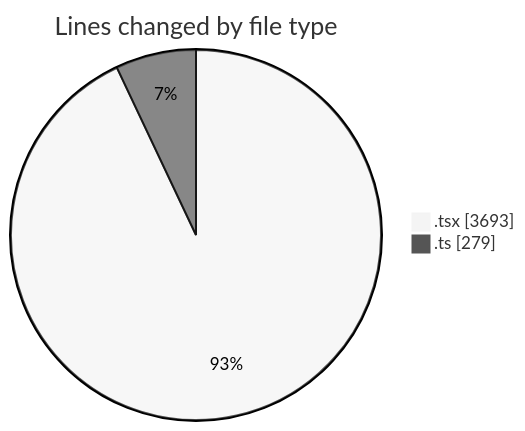
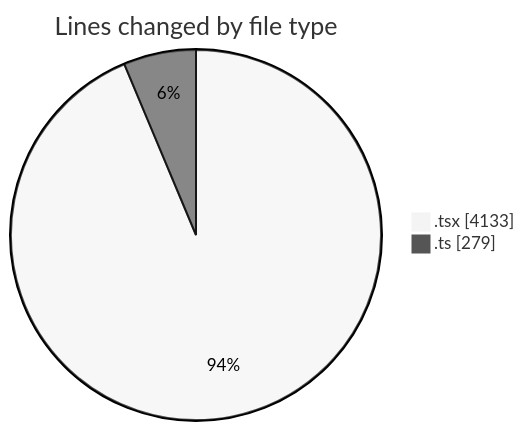
The first of 2 diagrams in 2026-03-22/nxtqube_webapp/README.md (nxtqubesakshisongat/code-tracking), drawn with Mermaid (neutral theme) before and after one commit. The commit also changed other lines of this file and 1 other file, not shown here.

````diff
--- a/2026-03-22/nxtqube_webapp/README.md
+++ b/2026-03-22/nxtqube_webapp/README.md
@@ -28,6 +30,6 @@
 ```mermaid
 pie showData
 title Lines changed by file type
-".tsx" : 3693
+".tsx" : 4133
 ".ts" : 279
 ```
````
